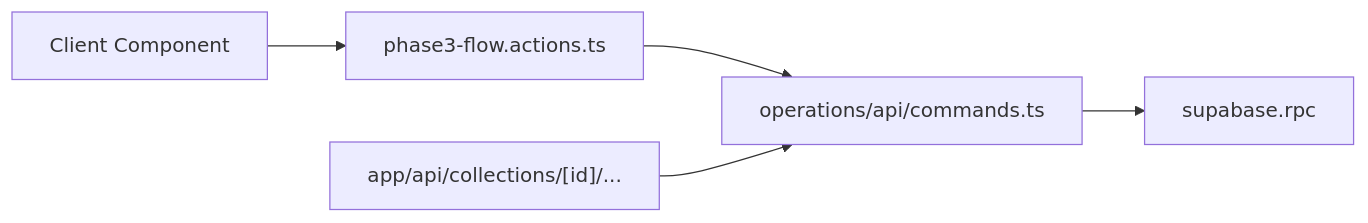
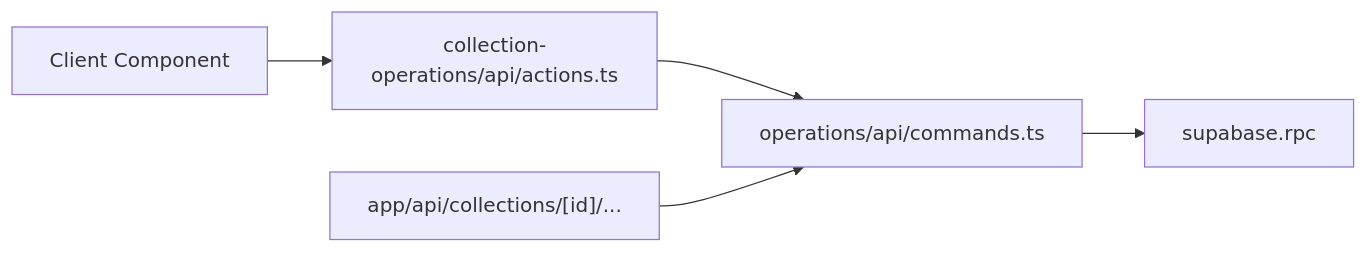
The second of 3 diagrams in docs/design-patterns/architecture-improvement.md (joao34-engineer/sistema-de-coleta), drawn with Mermaid before and after one commit. The commit also changed other lines of this file and 22 other files, not shown here.

````diff
--- a/docs/design-patterns/architecture-improvement.md
+++ b/docs/design-patterns/architecture-improvement.md
@@ -113,7 +113,7 @@
 ```mermaid
 flowchart LR
-  UI["Client Component"] --> SA["phase3-flow.actions.ts"]
+  UI["Client Component"] --> SA["collection-operations/api/actions.ts"]
   SA --> Cmd["operations/api/commands.ts"]
   Cmd --> RPC["supabase.rpc"]
   RH["app/api/collections/[id]/..."] --> Cmd
 ```
````
